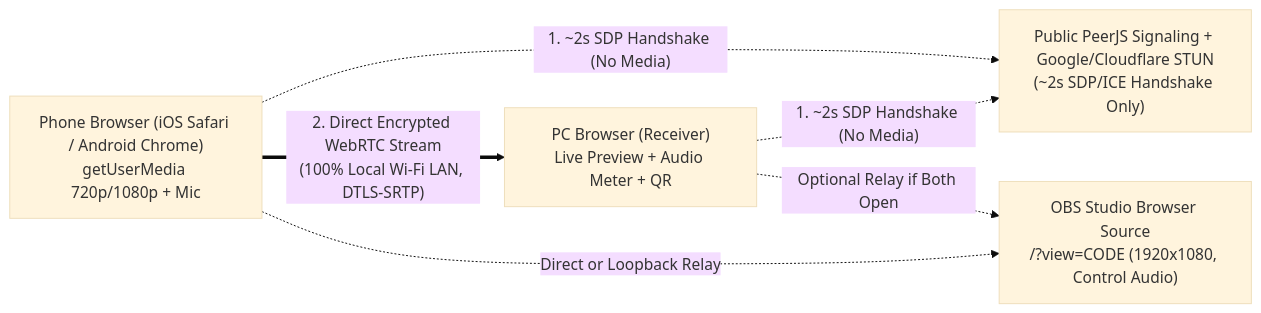
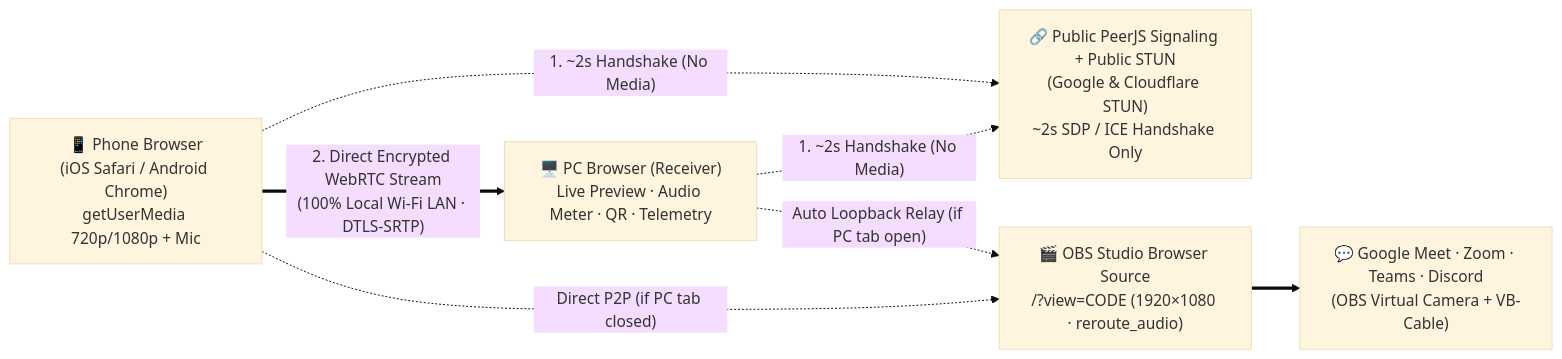
The diagram in README.md (Kishara007/phonewebcam), drawn with Mermaid (base theme) before and after one commit. The commit also changed other lines of this file, not shown here.

````diff
--- a/README.md
+++ b/README.md
@@ -28,13 +105,15 @@
 ```mermaid
 flowchart LR
-    Phone["Phone Browser (iOS Safari / Android Chrome)\ngetUserMedia 720p/1080p + Mic"]
-    PC["PC Browser (Receiver)\nLive Preview + Audio Meter + QR"]
-    OBS["OBS Studio Browser Source\n/?view=CODE (1920x1080, Control Audio)"]
-    Sig["Public PeerJS Signaling + Google/Cloudflare STUN\n(~2s SDP/ICE Handshake Only)"]
+    Phone["📱 Phone Browser\n(iOS Safari / Android Chrome)\ngetUserMedia 720p/1080p + Mic"]
+    Sig["🔗 Public PeerJS Signaling + Public STUN\n(Google & Cloudflare STUN)\n~2s SDP / ICE Handshake Only"]
+    PC["🖥️ PC Browser (Receiver)\nLive Preview · Audio Meter · QR · Telemetry"]
+    OBS["🎬 OBS Studio Browser Source\n/?view=CODE (1920×1080 · reroute_audio)"]
+    Apps["💬 Google Meet · Zoom · Teams · Discord\n(OBS Virtual Camera + VB-Cable)"]
 
-    Phone -. "1. ~2s SDP Handshake (No Media)" .-> Sig
-    PC -. "1. ~2s SDP Handshake (No Media)" .-> Sig
-    Phone == "2. Direct Encrypted WebRTC Stream\n(100% Local Wi-Fi LAN, DTLS-SRTP)" ==> PC
-    Phone -. "Direct or Loopback Relay" .-> OBS
-    PC -. "Optional Relay if Both Open" .-> OBS
+    Phone -. "1. ~2s Handshake (No Media)" .-> Sig
+    PC -. "1. ~2s Handshake (No Media)" .-> Sig
+    Phone == "2. Direct Encrypted WebRTC Stream\n(100% Local Wi-Fi LAN · DTLS-SRTP)" ==> PC
+    Phone -. "Direct P2P (if PC tab closed)" .-> OBS
+    PC -. "Auto Loopback Relay (if PC tab open)" .-> OBS
+    OBS ==> Apps
 ```
````
